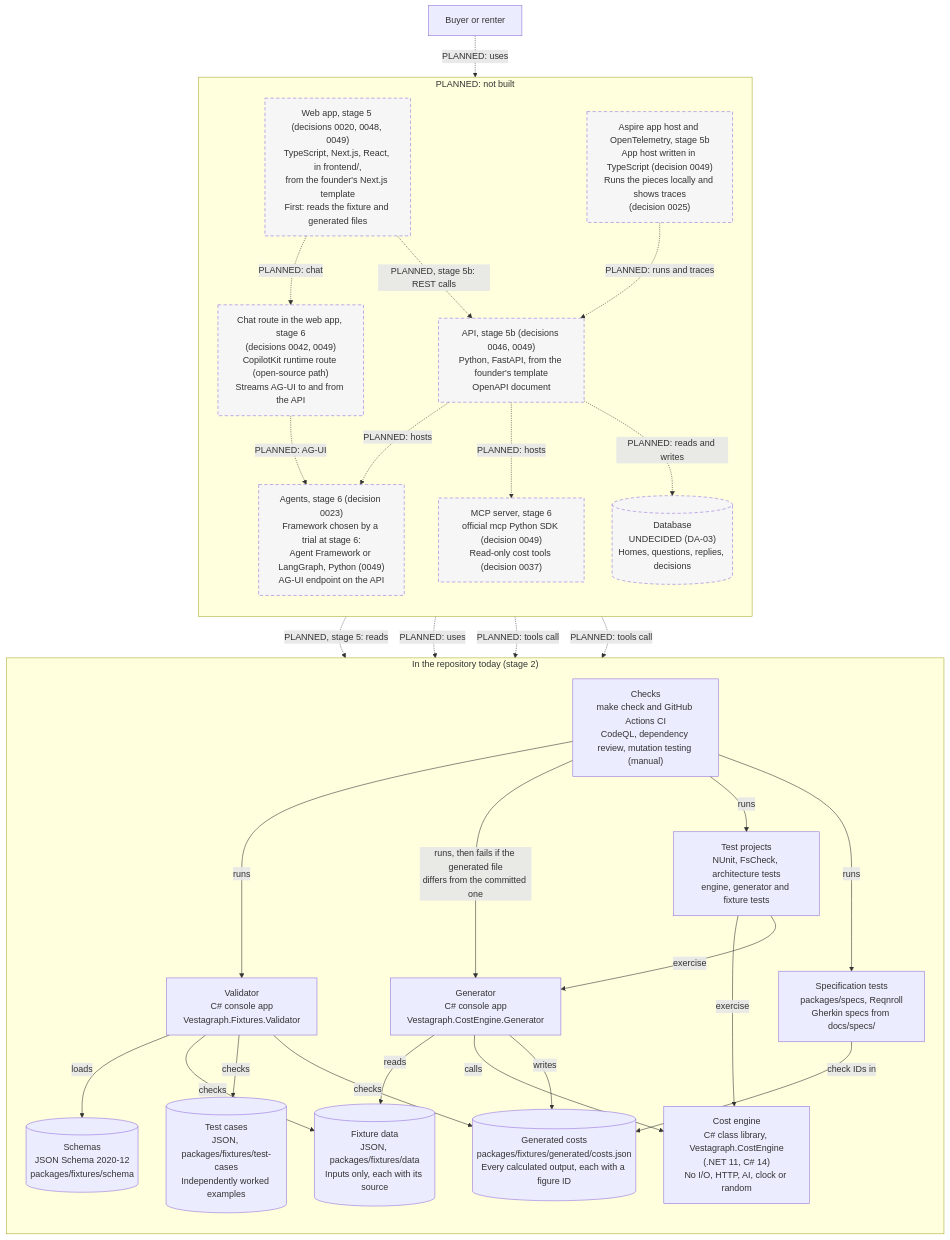
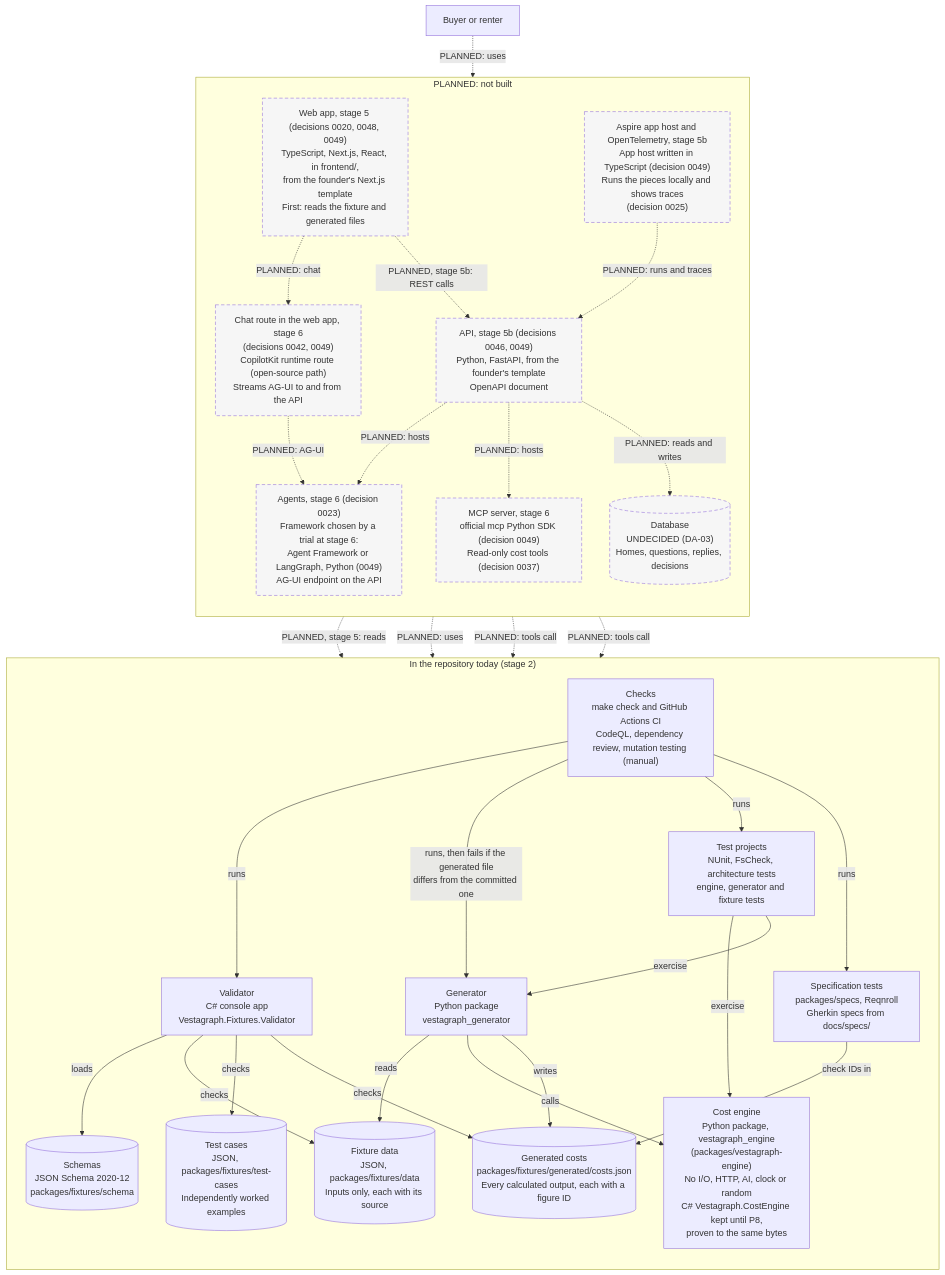
The second of 2 diagrams in docs/architecture/README.md (olaheavy-dev/homescout-platform), drawn with Mermaid before and after one commit. The commit also changed other lines of this file and 16 other files, not shown here.

First line of the commit message:
feat: Python generator, make generate switched, byte-identical costs.json (P4, #191) (#206)

````diff
--- a/docs/architecture/README.md
+++ b/docs/architecture/README.md
@@ -47,60 +47,60 @@
 ```mermaid
 flowchart TB
     user["Buyer or renter"]
 
     subgraph today["In the repository today (stage 2)"]
         direction TB
         data[("Fixture data<br/>JSON, packages/fixtures/data<br/>Inputs only, each with its source")]
         schema[("Schemas<br/>JSON Schema 2020-12<br/>packages/fixtures/schema")]
         cases[("Test cases<br/>JSON, packages/fixtures/test-cases<br/>Independently worked examples")]
-        engine["Cost engine<br/>C# class library, Vestagraph.CostEngine<br/>(.NET 11, C# 14)<br/>No I/O, HTTP, AI, clock or random"]
-        generator["Generator<br/>C# console app<br/>Vestagraph.CostEngine.Generator"]
+        engine["Cost engine<br/>Python package, vestagraph_engine<br/>(packages/vestagraph-engine)<br/>No I/O, HTTP, AI, clock or random<br/>C# Vestagraph.CostEngine kept until P8,<br/>proven to the same bytes"]
+        generator["Generator<br/>Python package<br/>vestagraph_generator"]
         generated[("Generated costs<br/>packages/fixtures/generated/costs.json<br/>Every calculated output, each with a figure ID")]
         validator["Validator<br/>C# console app<br/>Vestagraph.Fixtures.Validator"]
         tests["Test projects<br/>NUnit, FsCheck, architecture tests<br/>engine, generator and fixture tests"]
         specs["Specification tests<br/>packages/specs, Reqnroll<br/>Gherkin specs from docs/specs/"]
         ci["Checks<br/>make check and GitHub Actions CI<br/>CodeQL, dependency review, mutation testing (manual)"]
     end
 
     subgraph later["PLANNED: not built"]
         direction TB
         web["Web app, stage 5 (decisions 0020, 0048, 0049)<br/>TypeScript, Next.js, React, in frontend/,<br/>from the founder's Next.js template<br/>First: reads the fixture and generated files"]
         api["API, stage 5b (decisions 0046, 0049)<br/>Python, FastAPI, from the founder's template<br/>OpenAPI document"]
         mcp["MCP server, stage 6<br/>official mcp Python SDK (decision 0049)<br/>Read-only cost tools (decision 0037)"]
         agents["Agents, stage 6 (decision 0023)<br/>Framework chosen by a trial at stage 6:<br/>Agent Framework or LangGraph, Python (0049)<br/>AG-UI endpoint on the API"]
         copilot["Chat route in the web app, stage 6<br/>(decisions 0042, 0049)<br/>CopilotKit runtime route (open-source path)<br/>Streams AG-UI to and from the API"]
         aspire["Aspire app host and OpenTelemetry, stage 5b<br/>App host written in TypeScript (decision 0049)<br/>Runs the pieces locally and shows traces<br/>(decision 0025)"]
         db[("Database<br/>UNDECIDED (DA-03)<br/>Homes, questions, replies, decisions")]
     end
 
     generator -->|reads| data
     generator -->|calls| engine
     generator -->|writes| generated
     validator -->|loads| schema
     validator -->|checks| data
     validator -->|checks| cases
     validator -->|checks| generated
     tests -->|exercise| engine
     tests -->|exercise| generator
     specs -->|check IDs in| generated
     ci -->|runs| validator
     ci -->|"runs, then fails if the generated file<br/>differs from the committed one"| generator
     ci -->|runs| tests
     ci -->|runs| specs
 
     user -.->|"PLANNED: uses"| web
     web -.->|"PLANNED, stage 5: reads"| generated
     web -.->|"PLANNED, stage 5b: REST calls"| api
     web -.->|"PLANNED: chat"| copilot
     copilot -.->|"PLANNED: AG-UI"| agents
     api -.->|"PLANNED: uses"| engine
     api -.->|"PLANNED: hosts"| mcp
     api -.->|"PLANNED: hosts"| agents
     agents -.->|"PLANNED: tools call"| engine
     mcp -.->|"PLANNED: tools call"| engine
     api -.->|"PLANNED: reads and writes"| db
     aspire -.->|"PLANNED: runs and traces"| api
 
     classDef planned stroke-dasharray: 6 4,fill:#f6f6f6,color:#333
     class web,api,mcp,agents,copilot,aspire,db planned
 ```
````
